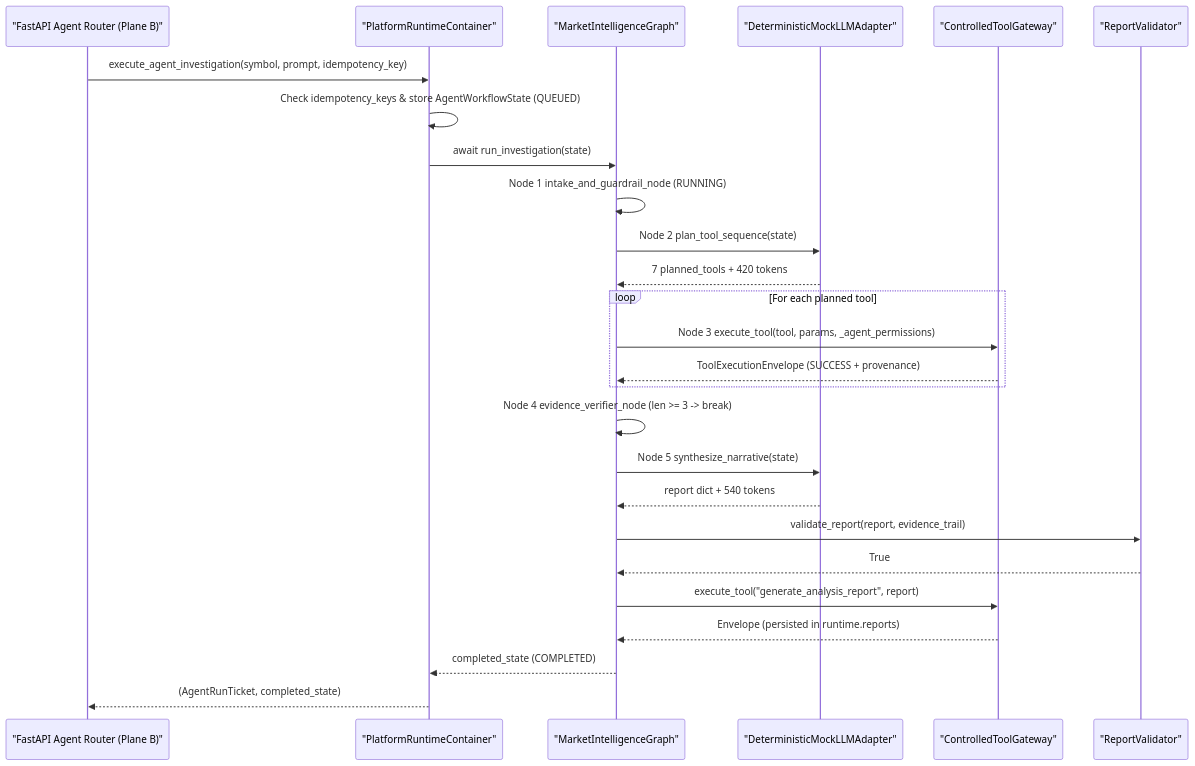
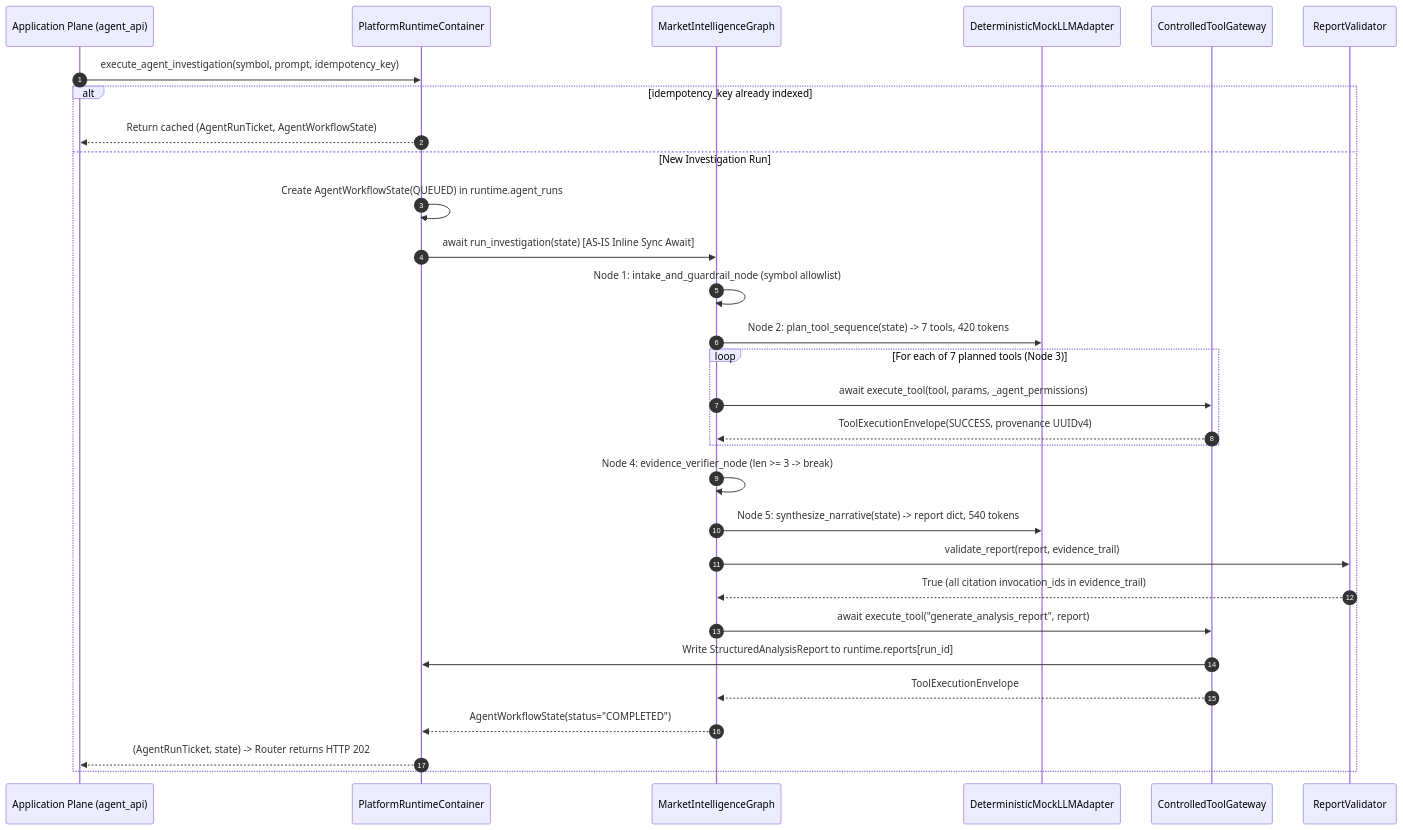
Before and after one commit to DungTran1201/FinancialMarketDataPlatform: the diagram in docs/intelligence-plane/domains/agent-orchestration-and-tools/capabilities/market-intelligence-workflow-and-tool-gateway/workflows/agent-run-sequence.md, drawn with Mermaid. The commit also changed other lines of this file and 55 other files, not shown here.

Commit message:
docs: add comprehensive architecture, workflows, and specifications for intelligence plane

````diff
--- a/docs/intelligence-plane/domains/agent-orchestration-and-tools/capabilities/market-intelligence-workflow-and-tool-gateway/workflows/agent-run-sequence.md
+++ b/docs/intelligence-plane/domains/agent-orchestration-and-tools/capabilities/market-intelligence-workflow-and-tool-gateway/workflows/agent-run-sequence.md
@@ -42,29 +47,33 @@
 ```mermaid
 sequenceDiagram
-    participant API as "FastAPI Agent Router (Plane B)"
-    participant RT as "PlatformRuntimeContainer"
-    participant GR as "MarketIntelligenceGraph"
-    participant LLM as "DeterministicMockLLMAdapter"
-    participant GW as "ControlledToolGateway"
-    participant VAL as "ReportValidator"
+    autonumber
+    participant APP as Application Plane (agent_api)
+    participant RT as PlatformRuntimeContainer
+    participant GR as MarketIntelligenceGraph
+    participant LLM as DeterministicMockLLMAdapter
+    participant GW as ControlledToolGateway
+    participant VAL as ReportValidator
 
-    API->>RT: execute_agent_investigation(symbol, prompt, idempotency_key)
-    RT->>RT: Check idempotency_keys & store AgentWorkflowState (QUEUED)
-    RT->>GR: await run_investigation(state)
-    GR->>GR: Node 1 intake_and_guardrail_node (RUNNING)
-    GR->>LLM: Node 2 plan_tool_sequence(state)
-    LLM-->>GR: 7 planned_tools + 420 tokens
-    loop For each planned tool
-        GR->>GW: Node 3 execute_tool(tool, params, _agent_permissions)
-        GW-->>GR: ToolExecutionEnvelope (SUCCESS + provenance)
+    APP->>RT: execute_agent_investigation(symbol, prompt, idempotency_key)
+    alt idempotency_key already indexed
+        RT-->>APP: Return cached (AgentRunTicket, AgentWorkflowState)
+    else New Investigation Run
+        RT->>RT: Create AgentWorkflowState(QUEUED) in runtime.agent_runs
+        RT->>GR: await run_investigation(state) [AS-IS Inline Sync Await]
+        GR->>GR: Node 1: intake_and_guardrail_node (symbol allowlist)
+        GR->>LLM: Node 2: plan_tool_sequence(state) -> 7 tools, 420 tokens
+        loop For each of 7 planned tools (Node 3)
+            GR->>GW: await execute_tool(tool, params, _agent_permissions)
+            GW-->>GR: ToolExecutionEnvelope(SUCCESS, provenance UUIDv4)
+        end
+        GR->>GR: Node 4: evidence_verifier_node (len >= 3 -> break)
+        GR->>LLM: Node 5: synthesize_narrative(state) -> report dict, 540 tokens
+        GR->>VAL: validate_report(report, evidence_trail)
+        VAL-->>GR: True (all citation invocation_ids in evidence_trail)
+        GR->>GW: await execute_tool("generate_analysis_report", report)
+        GW->>RT: Write StructuredAnalysisReport to runtime.reports[run_id]
+        GW-->>GR: ToolExecutionEnvelope #8
+        GR-->>RT: AgentWorkflowState(status="COMPLETED")
+        RT-->>APP: (AgentRunTicket, state) -> Router returns HTTP 202
     end
-    GR->>GR: Node 4 evidence_verifier_node (len >= 3 -> break)
-    GR->>LLM: Node 5 synthesize_narrative(state)
-    LLM-->>GR: report dict + 540 tokens
-    GR->>VAL: validate_report(report, evidence_trail)
-    VAL-->>GR: True
-    GR->>GW: execute_tool("generate_analysis_report", report)
-    GW-->>GR: Envelope (persisted in runtime.reports)
-    GR-->>RT: completed_state (COMPLETED)
-    RT-->>API: (AgentRunTicket, completed_state)
 ```
````
